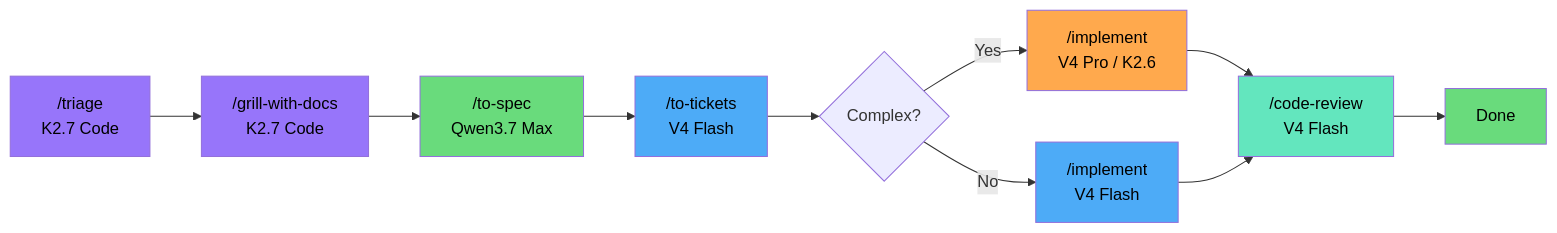
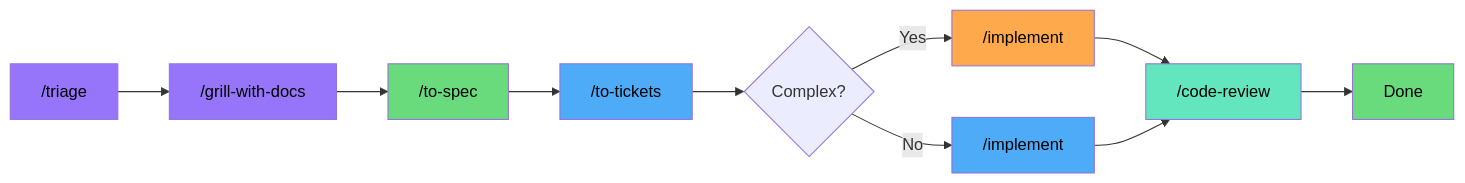
Before and after one commit to elisharkray1030/ai-coding-workflow: the seventh of 12 diagrams in README.md, drawn with Mermaid. The commit also changed other lines of this file, not shown here.

First line of the commit message:
refactor: Flash-first routing with per-use-case escalation

````diff
--- a/README.md
+++ b/README.md
@@ -158,27 +205,27 @@
 ```mermaid
 graph LR
-    TR[ /triage<br/>K2.7 Code] --> IN[ /grill-with-docs<br/>K2.7 Code]
-    IN --> SP[ /to-spec<br/>Qwen3.7 Max]
-    SP --> TK[ /to-tickets<br/>V4 Flash]
+    TR[ /triage] --> IN[ /grill-with-docs]
+    IN --> SP[ /to-spec]
+    SP --> TK[ /to-tickets]
     TK --> D{Complex?}
-    D -->|Yes| IC[ /implement<br/>V4 Pro / K2.6]
-    D -->|No| IS[ /implement<br/>V4 Flash]
-    IC --> CR[ /code-review<br/>V4 Flash]
+    D -->|Yes| IC[ /implement]
+    D -->|No| IS[ /implement]
+    IC --> CR[ /code-review]
     IS --> CR
     CR --> DN[Done]
 
     classDef purple fill:#9775fa,color:#000
     classDef green fill:#69db7c,color:#000
     classDef blue fill:#4dabf7,color:#000
     classDef orange fill:#ffa94d,color:#000
     classDef teal fill:#63e6be,color:#000
     classDef yellow fill:#fcc419,color:#000
     classDef red fill:#ff8787,color:#000
 
     class TR,IN purple
     class SP green
     class TK,IS blue
     class IC orange
     class CR teal
     class DN green
 ```
````
